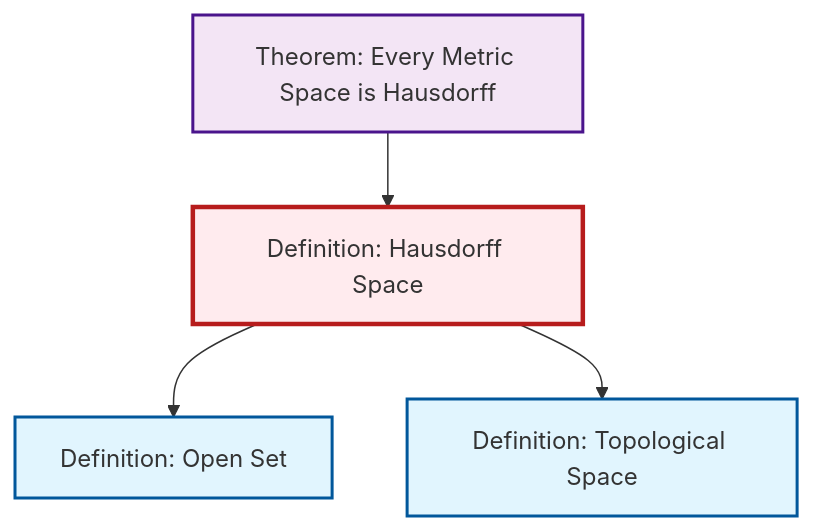
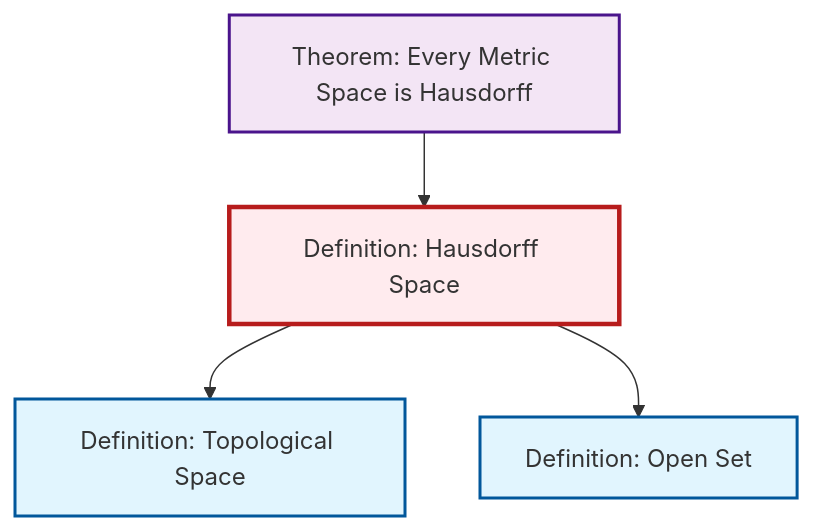
One commit to RK0429/ModernMath changed the diagram in output/mermaid/def-hausdorff.mermaid. Above: the diagram before and after it, drawn with Mermaid. The commit also changed other lines of this file and 1122 other files, not shown here.

````diff
--- a/output/mermaid/def-hausdorff.mermaid
+++ b/output/mermaid/def-hausdorff.mermaid
@@ -1,17 +1,17 @@
 ```{mermaid}
 %%| fig-cap: "Local dependency graph"
 graph TD
     classDef definition fill:#e1f5fe,stroke:#01579b,stroke-width:2px
     classDef theorem fill:#f3e5f5,stroke:#4a148c,stroke-width:2px
     classDef axiom fill:#fff3e0,stroke:#e65100,stroke-width:2px
     classDef example fill:#e8f5e9,stroke:#1b5e20,stroke-width:2px
     classDef current fill:#ffebee,stroke:#b71c1c,stroke-width:3px
+    def-topological-space["Definition: Topological Space"]:::definition
     def-hausdorff["Definition: Hausdorff Space"]:::definition
+    thm-metric-hausdorff["Theorem: Every Metric Space is Hausdorff"]:::theorem
     def-open-set["Definition: Open Set"]:::definition
-    thm-metric-hausdorff["Theorem: Every Metric Space is Hausdorff"]:::theorem
-    def-topological-space["Definition: Topological Space"]:::definition
+    def-hausdorff --> def-topological-space
     def-hausdorff --> def-open-set
     thm-metric-hausdorff --> def-hausdorff
-    def-hausdorff --> def-topological-space
     class def-hausdorff current
 ```
````
